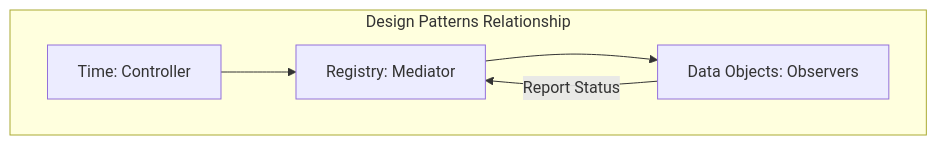
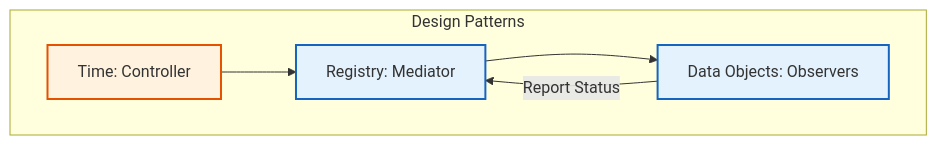
One commit to wramet/build-my-cfd changed the diagram in MODULE_05_OPENFOAM_PROGRAMMING/CONTENT/07_TIME_DATABASES/05_Design_Patterns.md. Above: the diagram before and after it, drawn with Mermaid. The commit also changed 313 other files, not shown here.

Commit message:
Revise all diagram

````diff
--- a/MODULE_05_OPENFOAM_PROGRAMMING/CONTENT/07_TIME_DATABASES/05_Design_Patterns.md
+++ b/MODULE_05_OPENFOAM_PROGRAMMING/CONTENT/07_TIME_DATABASES/05_Design_Patterns.md
@@ -112,8 +112,12 @@
 ```mermaid
 graph TD
-    subgraph "Design Patterns Relationship"
-        T[Time: Controller] --> R[Registry: Mediator]
-        R --> D[Data Objects: Observers]
-        D -- "Report Status" --> R
-    end
+%% Classes
+classDef explicit fill:#fff3e0,stroke:#e65100,stroke-width:2px;
+classDef implicit fill:#e3f2fd,stroke:#1565c0,stroke-width:2px;
+%% Nodes
+subgraph Patterns [Design Patterns]
+    T[Time: Controller]:::explicit --> R[Registry: Mediator]:::implicit
+    R --> D[Data Objects: Observers]:::implicit
+    D -- "Report Status" --> R
+end
 ```
````
